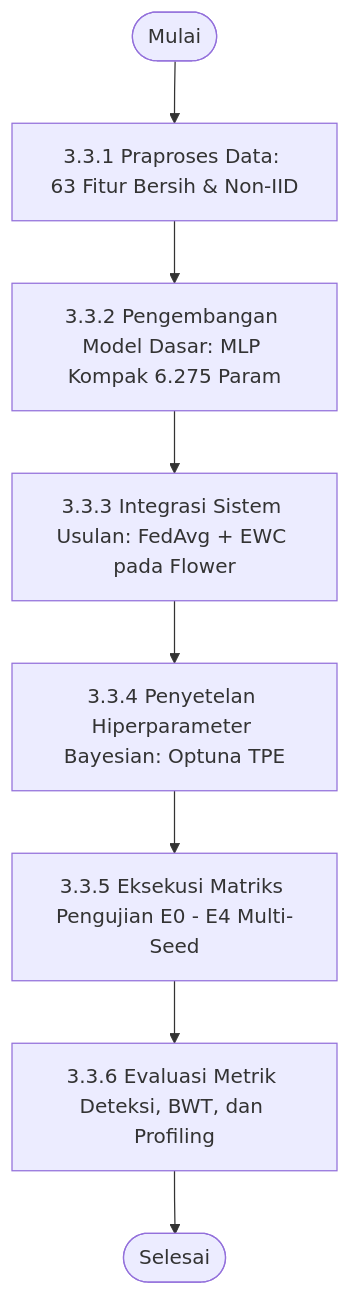
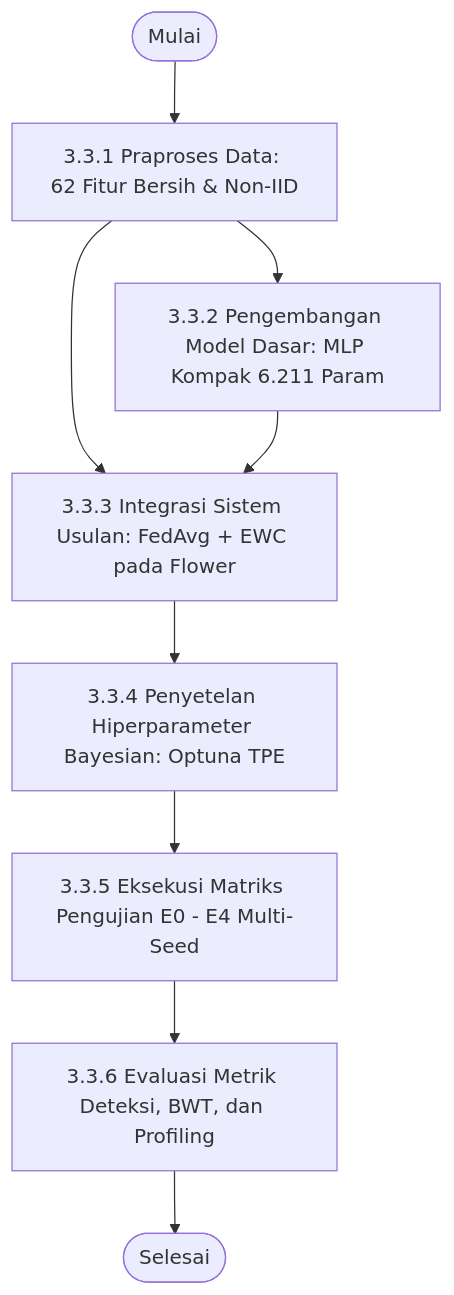
One commit to rhaffle87/brief-thesis changed the third of 6 diagrams in Penulisan/Bab-3-Metodologi-Penelitian.md. Above: the diagram before and after it, drawn with Mermaid. The commit also changed other lines of this file and 10 other files, not shown here.

````diff
--- a/Penulisan/Bab-3-Metodologi-Penelitian.md
+++ b/Penulisan/Bab-3-Metodologi-Penelitian.md
@@ -97,10 +97,11 @@
 ```mermaid
 flowchart TD
-    S([Mulai]) --> S1[3.3.1 Praproses Data: 63 Fitur Bersih & Non-IID]
-    S1 --> S2[3.3.2 Pengembangan Model Dasar: MLP Kompak 6.275 Param]
-    S2 --> S3[3.3.3 Integrasi Sistem Usulan: FedAvg + EWC pada Flower]
+    S([Mulai]) --> S1[3.3.1 Praproses Data: 62 Fitur Bersih & Non-IID]
+    S1 --> S2[3.3.2 Pengembangan Model Dasar: MLP Kompak 6.211 Param]
+    S1 --> S3[3.3.3 Integrasi Sistem Usulan: FedAvg + EWC pada Flower]
+    S2 --> S3
     S3 --> S4[3.3.4 Penyetelan Hiperparameter Bayesian: Optuna TPE]
     S4 --> S5[3.3.5 Eksekusi Matriks Pengujian E0 - E4 Multi-Seed]
     S5 --> S6[3.3.6 Evaluasi Metrik Deteksi, BWT, dan Profiling]
     S6 --> E([Selesai])
 ```
````
